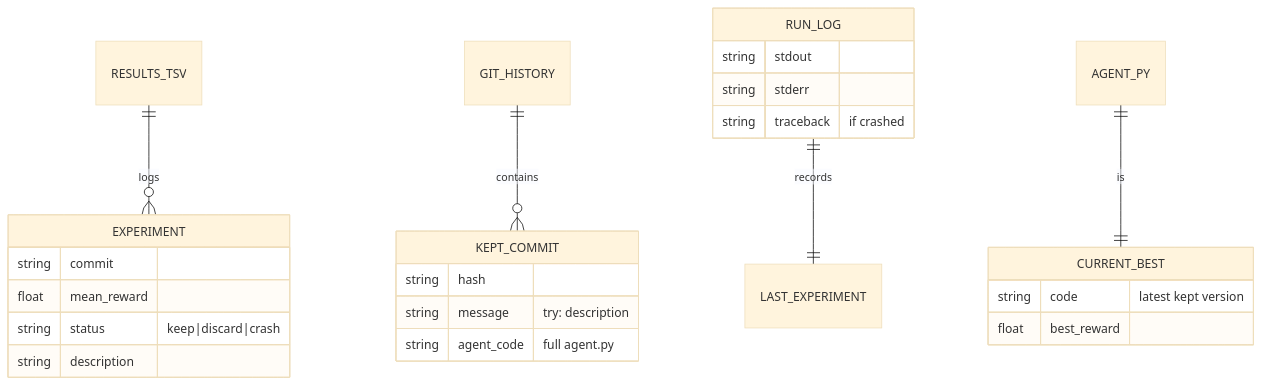
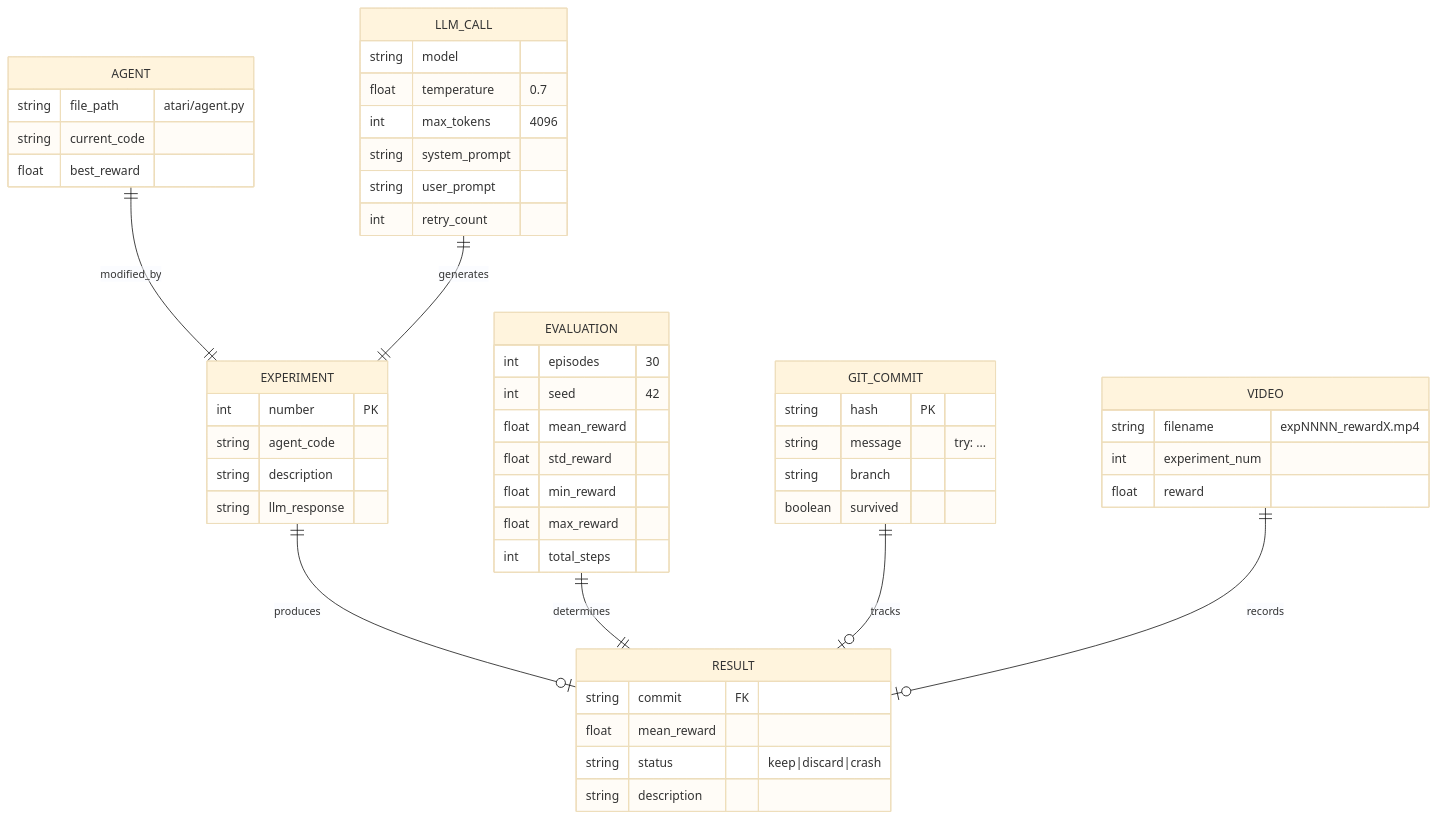
One commit to shehabyasser-scale/autoresearch-hack changed diagram 15 of 21 in atari/README.md. Above: the diagram before and after it, drawn with Mermaid (base theme). The commit also changed other lines of this file and 2 other files, not shown here.

First line of the commit message:
feat: auto-record gameplay videos on kept experiments + merge architecture docs into atari README

````diff
--- a/atari/README.md
+++ b/atari/README.md
@@ -275,30 +858,54 @@
 ```mermaid
 erDiagram
-    RESULTS_TSV ||--o{ EXPERIMENT : logs
+    EXPERIMENT ||--o| RESULT : produces
     EXPERIMENT {
-        string commit
+        int number PK
+        string agent_code
+        string description
+        string llm_response
+    }
+    RESULT {
+        string commit FK
         float mean_reward
         string status "keep|discard|crash"
         string description
     }
-
-    GIT_HISTORY ||--o{ KEPT_COMMIT : contains
-    KEPT_COMMIT {
-        string hash
-        string message "try: description"
-        string agent_code "full agent.py"
-    }
-
-    RUN_LOG ||--|| LAST_EXPERIMENT : records
-    RUN_LOG {
-        string stdout
-        string stderr
-        string traceback "if crashed"
-    }
-
-    AGENT_PY ||--|| CURRENT_BEST : is
-    CURRENT_BEST {
-        string code "latest kept version"
+    AGENT ||--|| EXPERIMENT : modified_by
+    AGENT {
+        string file_path "atari/agent.py"
+        string current_code
         float best_reward
     }
+    EVALUATION ||--|| RESULT : determines
+    EVALUATION {
+        int episodes "30"
+        int seed "42"
+        float mean_reward
+        float std_reward
+        float min_reward
+        float max_reward
+        int total_steps
+    }
+    GIT_COMMIT ||--o| RESULT : tracks
+    GIT_COMMIT {
+        string hash PK
+        string message "try: ..."
+        string branch
+        boolean survived
+    }
+    LLM_CALL ||--|| EXPERIMENT : generates
+    LLM_CALL {
+        string model
+        float temperature "0.7"
+        int max_tokens "4096"
+        string system_prompt
+        string user_prompt
+        int retry_count
+    }
+    VIDEO ||--o| RESULT : records
+    VIDEO {
+        string filename "expNNNN_rewardX.mp4"
+        int experiment_num
+        float reward
+    }
 ```
````
